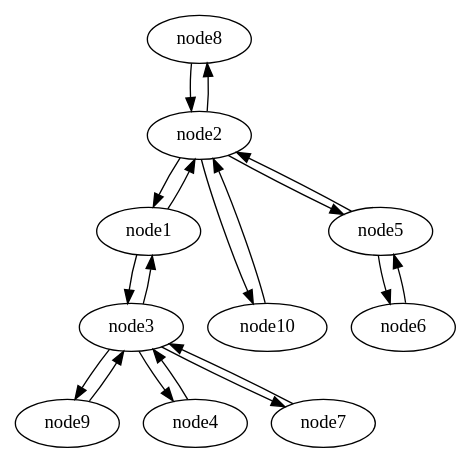
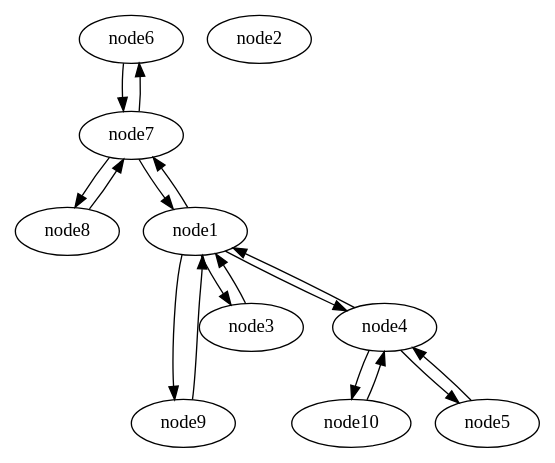
One commit to c12s/plumtree changed the diagram in tree.gv. Above: the diagram before and after it, drawn with Graphviz. The commit also changed 4 other files, not shown here.

```diff
--- a/tree.gv
+++ b/tree.gv
@@ -1,60 +1,56 @@
 strict digraph {
 
 
+	"node6" [  weight=0 ];
+
+	"node6" -> "node7" [  weight=0 ];
+
 	"node8" [  weight=0 ];
 
-	"node8" -> "node2" [  weight=0 ];
+	"node8" -> "node7" [  weight=0 ];
 
 	"node1" [  weight=0 ];
 
-	"node1" -> "node2" [  weight=0 ];
+	"node1" -> "node9" [  weight=0 ];
 
 	"node1" -> "node3" [  weight=0 ];
 
-	"node9" [  weight=0 ];
+	"node1" -> "node4" [  weight=0 ];
 
-	"node9" -> "node3" [  weight=0 ];
+	"node1" -> "node7" [  weight=0 ];
+
+	"node2" [  weight=0 ];
+
+	"node10" [  weight=0 ];
+
+	"node10" -> "node4" [  weight=0 ];
 
 	"node3" [  weight=0 ];
 
 	"node3" -> "node1" [  weight=0 ];
 
-	"node3" -> "node4" [  weight=0 ];
+	"node4" [  weight=0 ];
 
-	"node3" -> "node7" [  weight=0 ];
+	"node4" -> "node1" [  weight=0 ];
 
-	"node3" -> "node9" [  weight=0 ];
+	"node4" -> "node5" [  weight=0 ];
+
+	"node4" -> "node10" [  weight=0 ];
 
 	"node7" [  weight=0 ];
 
-	"node7" -> "node3" [  weight=0 ];
+	"node7" -> "node1" [  weight=0 ];
 
-	"node10" [  weight=0 ];
+	"node7" -> "node8" [  weight=0 ];
 
-	"node10" -> "node2" [  weight=0 ];
+	"node7" -> "node6" [  weight=0 ];
 
-	"node2" [  weight=0 ];
+	"node9" [  weight=0 ];
 
-	"node2" -> "node5" [  weight=0 ];
-
-	"node2" -> "node8" [  weight=0 ];
-
-	"node2" -> "node10" [  weight=0 ];
-
-	"node2" -> "node1" [  weight=0 ];
-
-	"node6" [  weight=0 ];
-
-	"node6" -> "node5" [  weight=0 ];
-
-	"node4" [  weight=0 ];
-
-	"node4" -> "node3" [  weight=0 ];
+	"node9" -> "node1" [  weight=0 ];
 
 	"node5" [  weight=0 ];
 
-	"node5" -> "node2" [  weight=0 ];
-
-	"node5" -> "node6" [  weight=0 ];
+	"node5" -> "node4" [  weight=0 ];
 
 }
```
